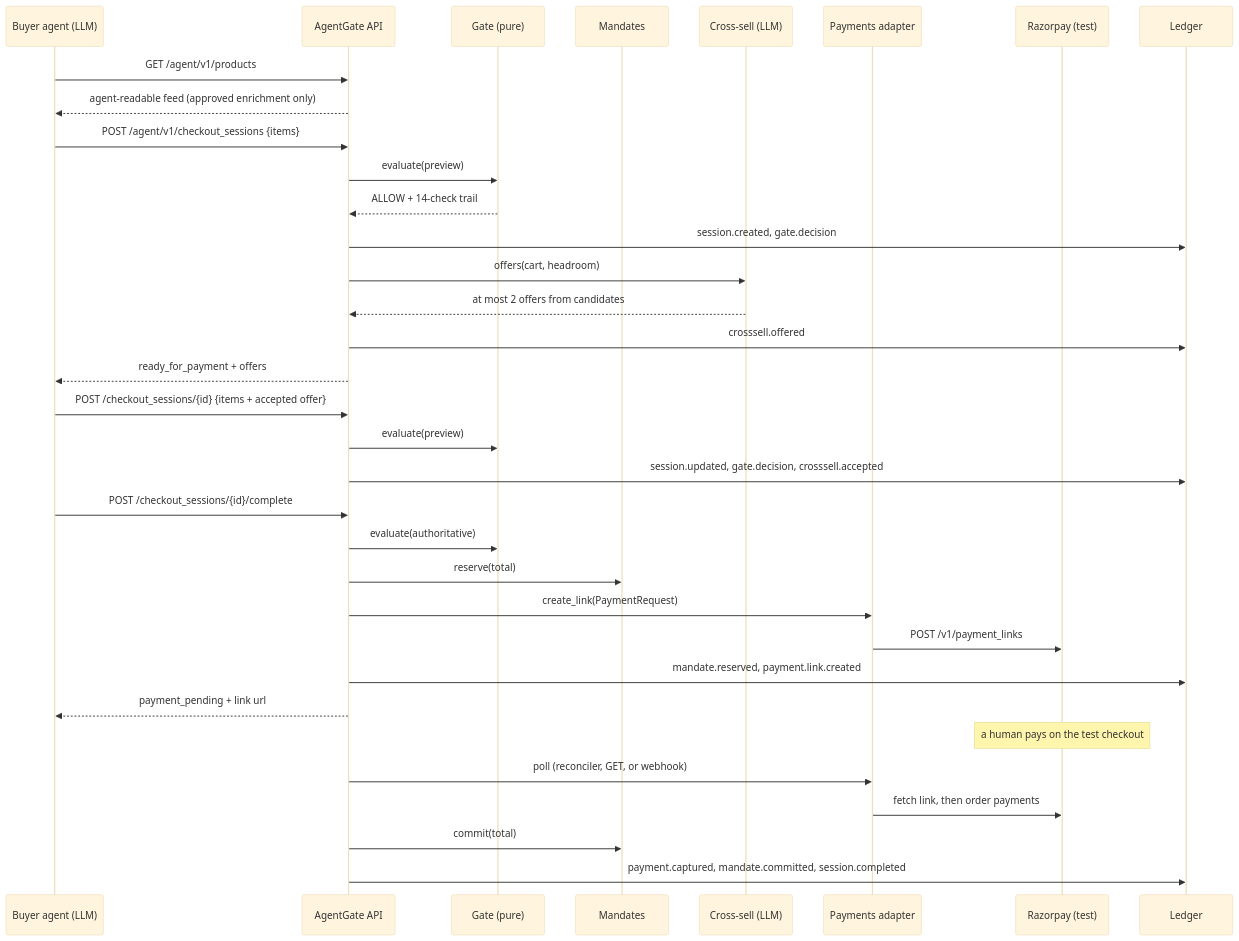
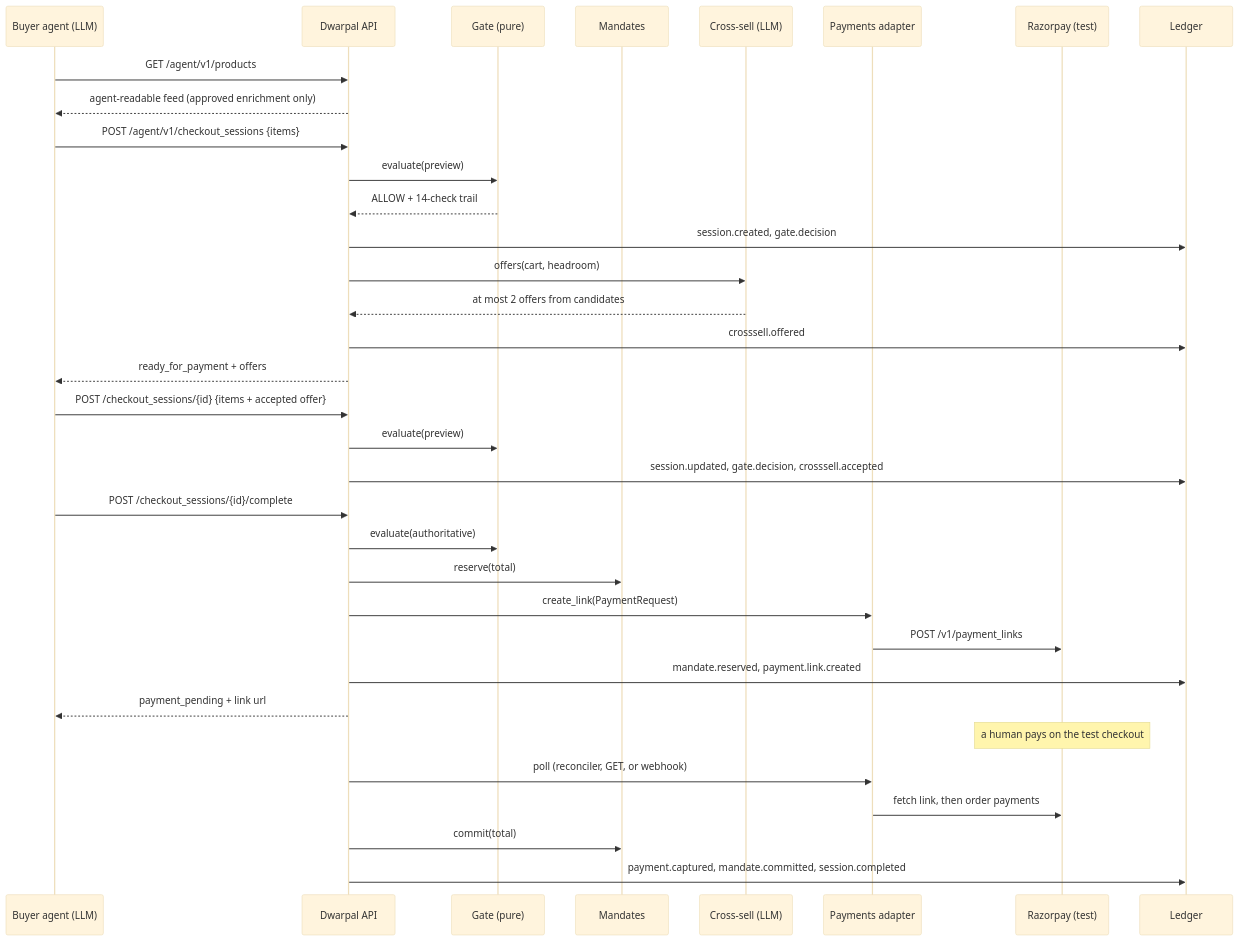
The diagram in docs/architecture.md (ArvinSaini/DwarPal), drawn with Mermaid (base theme) before and after one commit. The commit also changed other lines of this file and 104 other files, not shown here.

Commit message:
rename: AgentGate is now Dwarpal (package, CLI, env vars, docs)

````diff
--- a/docs/architecture.md
+++ b/docs/architecture.md
@@ -38,36 +38,36 @@
 ```mermaid
 sequenceDiagram
     participant B as Buyer agent (LLM)
-    participant API as AgentGate API
+    participant API as Dwarpal API
     participant G as Gate (pure)
     participant M as Mandates
     participant X as Cross-sell (LLM)
     participant P as Payments adapter
     participant R as Razorpay (test)
     participant L as Ledger
     B->>API: GET /agent/v1/products
     API-->>B: agent-readable feed (approved enrichment only)
     B->>API: POST /agent/v1/checkout_sessions {items}
     API->>G: evaluate(preview)
     G-->>API: ALLOW + 14-check trail
     API->>L: session.created, gate.decision
     API->>X: offers(cart, headroom)
     X-->>API: at most 2 offers from candidates
     API->>L: crosssell.offered
     API-->>B: ready_for_payment + offers
     B->>API: POST /checkout_sessions/{id} {items + accepted offer}
     API->>G: evaluate(preview)
     API->>L: session.updated, gate.decision, crosssell.accepted
     B->>API: POST /checkout_sessions/{id}/complete
     API->>G: evaluate(authoritative)
     API->>M: reserve(total)
     API->>P: create_link(PaymentRequest)
     P->>R: POST /v1/payment_links
     API->>L: mandate.reserved, payment.link.created
     API-->>B: payment_pending + link url
     Note over R: a human pays on the test checkout
     API->>P: poll (reconciler, GET, or webhook)
     P->>R: fetch link, then order payments
     API->>M: commit(total)
     API->>L: payment.captured, mandate.committed, session.completed
 ```
````
